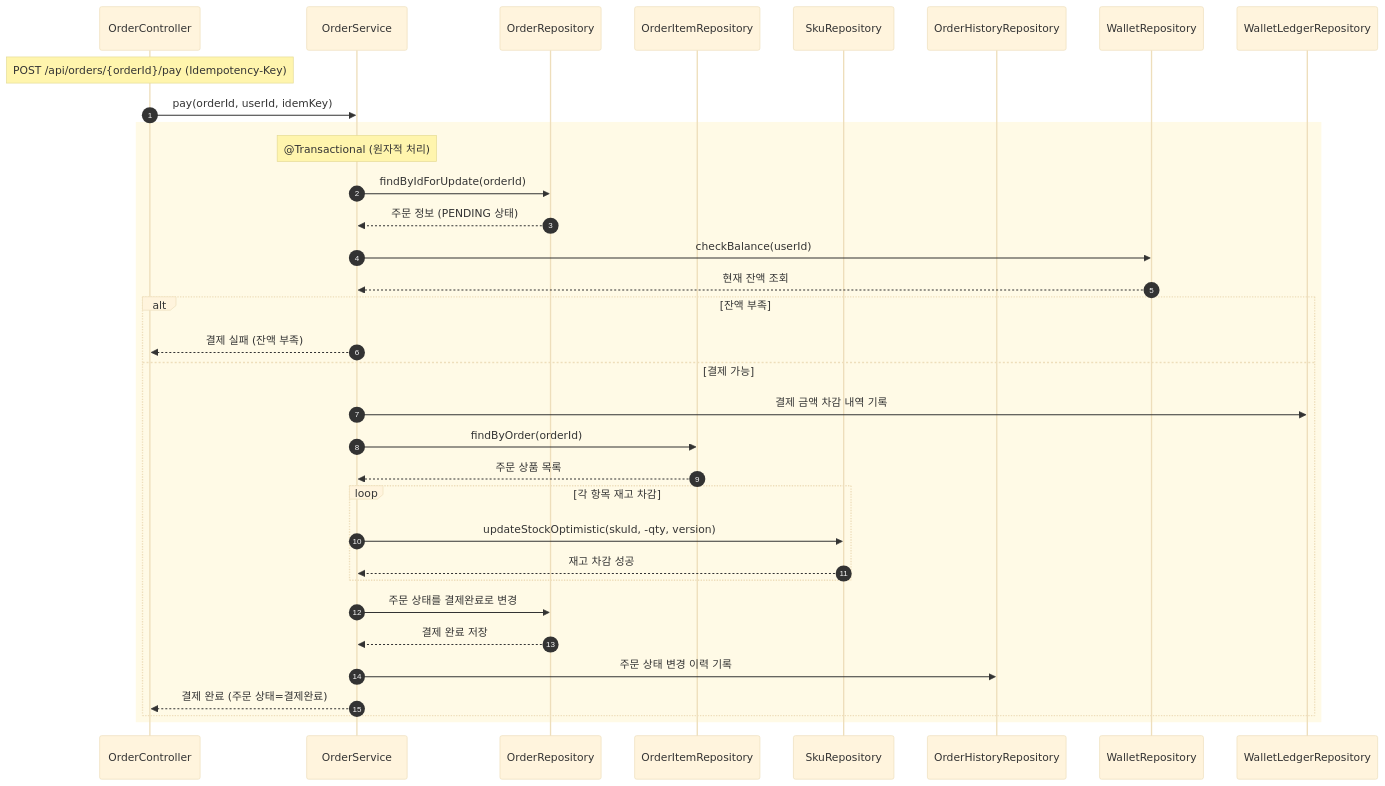
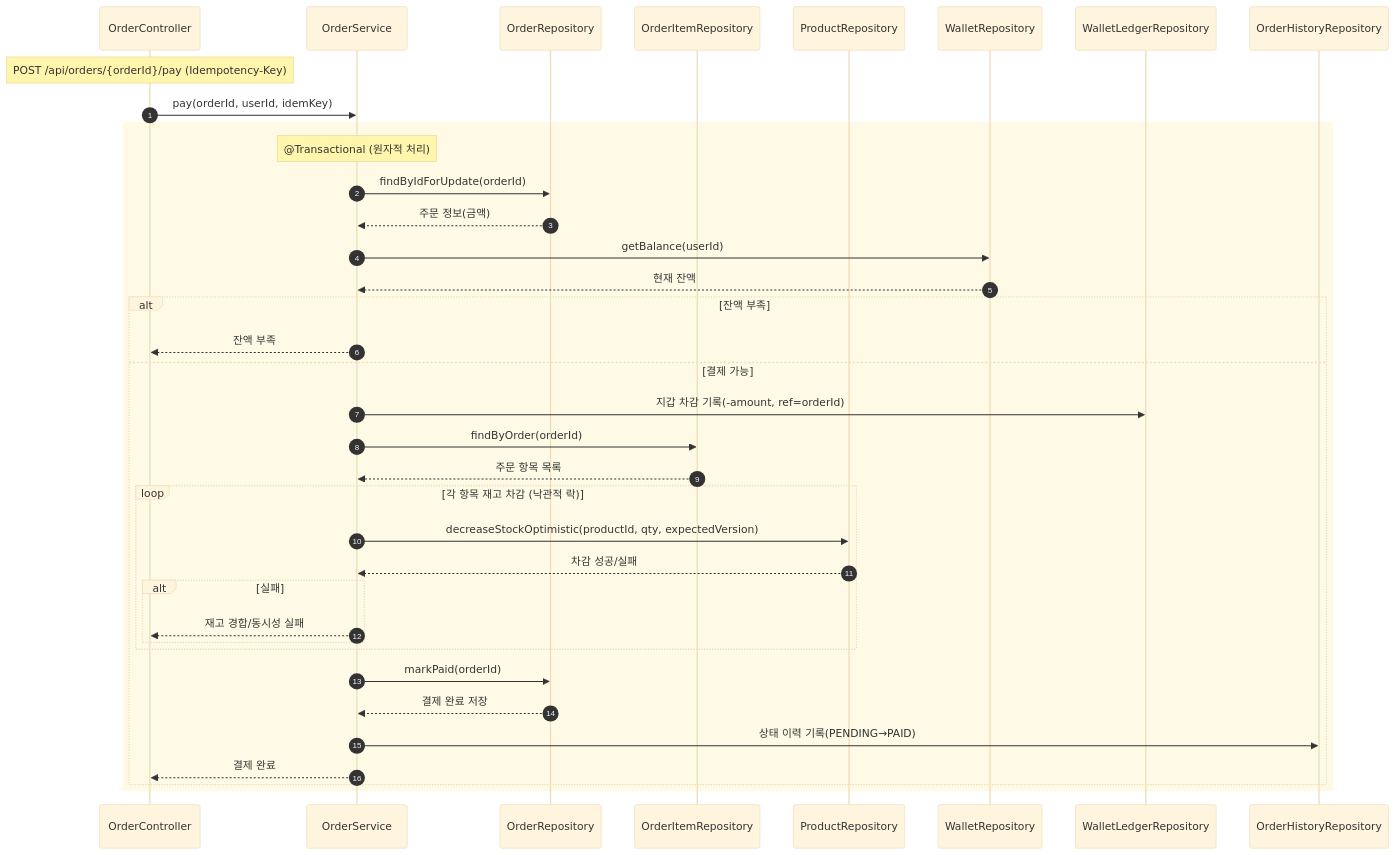
The ninth of 9 diagrams in docs/sequenceDiagram.md (namuneo/hh_plus_week2), drawn with Mermaid (base theme) before and after one commit. The commit also changed other lines of this file and 12 other files, not shown here.

````diff
--- a/docs/sequenceDiagram.md
+++ b/docs/sequenceDiagram.md
@@ -205,42 +208,45 @@
 ```mermaid
 sequenceDiagram
     autonumber
     participant OC as OrderController
     participant OS as OrderService
     participant OR as OrderRepository
     participant OIR as OrderItemRepository
-    participant SR as SkuRepository
-    participant OHR as OrderHistoryRepository
+    participant PR as ProductRepository
     participant WR as WalletRepository
     participant WLR as WalletLedgerRepository
+    participant OHR as OrderHistoryRepository
 
     Note over OC: POST /api/orders/{orderId}/pay (Idempotency-Key)
     OC->>OS: pay(orderId, userId, idemKey)
 
     rect rgb(255,250,230)
         Note over OS: @Transactional (원자적 처리)
-        OS->>OR: findByIdForUpdate(orderId)
-        OR-->>OS: 주문 정보 (PENDING 상태)
+        OS->>OR: findByIdForUpdate(orderId)  # PENDING 확인/잠금
+        OR-->>OS: 주문 정보(금액)
 
-        OS->>WR: checkBalance(userId)
-        WR-->>OS: 현재 잔액 조회
+        OS->>WR: getBalance(userId)
+        WR-->>OS: 현재 잔액
+        alt 잔액 부족
+            OS-->>OC: 잔액 부족
+        else 결제 가능
+            OS->>WLR: 지갑 차감 기록(-amount, ref=orderId)
+            OS->>OIR: findByOrder(orderId)
+            OIR-->>OS: 주문 항목 목록
 
-        alt 잔액 부족
-            OS-->>OC: 결제 실패 (잔액 부족)
-        else 결제 가능
-            OS->>WLR: 결제 금액 차감 내역 기록
-            OS->>OIR: findByOrder(orderId)
-            OIR-->>OS: 주문 상품 목록
-
-            loop 각 항목 재고 차감
-                OS->>SR: updateStockOptimistic(skuId, -qty, version)
-                SR-->>OS: 재고 차감 성공
+            loop 각 항목 재고 차감 (낙관적 락)
+                OS->>PR: decreaseStockOptimistic(productId, qty, expectedVersion)
+                PR-->>OS: 차감 성공/실패
+                alt 실패
+                    OS-->>OC: 재고 경합/동시성 실패
+                end
             end
 
-            OS->>OR: 주문 상태를 결제완료로 변경
+            OS->>OR: markPaid(orderId)
             OR-->>OS: 결제 완료 저장
-            OS->>OHR: 주문 상태 변경 이력 기록
-            OS-->>OC: 결제 완료 (주문 상태=결제완료)
+            OS->>OHR: 상태 이력 기록(PENDING→PAID)
+            OS-->>OC: 결제 완료
         end
     end
+
 ```
````
